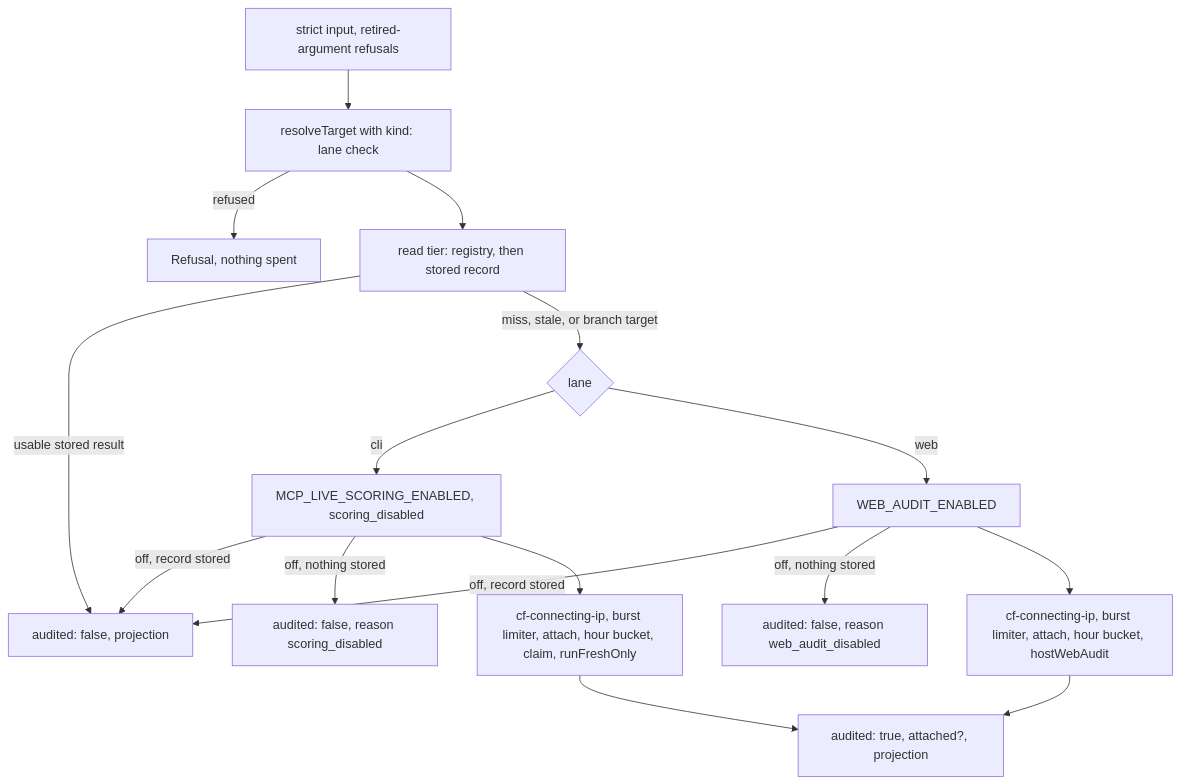
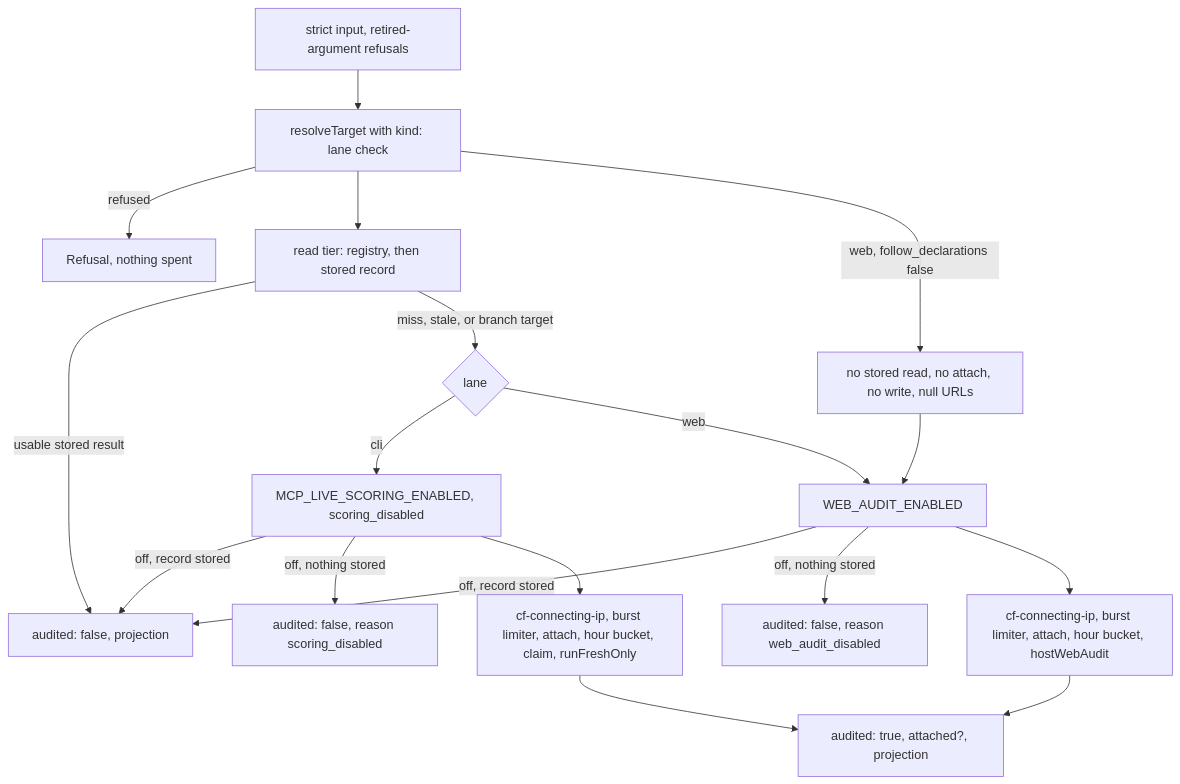
The second of 3 diagrams in docs/plans/2026-11-12-2154-feat-mcp-operation-layer-plan.md (brettdavies/agentnative-site), drawn with Mermaid before and after one commit. The commit also changed other lines of this file, not shown here.

````diff
--- a/docs/plans/2026-11-12-2154-feat-mcp-operation-layer-plan.md
+++ b/docs/plans/2026-11-12-2154-feat-mcp-operation-layer-plan.md
@@ -289,18 +304,20 @@
 ```mermaid
 flowchart TB
   A[strict input, retired-argument refusals] --> B[resolveTarget with kind: lane check]
   B -->|refused| R1[Refusal, nothing spent]
   B --> C[read tier: registry, then stored record]
+  B -->|web, follow_declarations false| O[no stored read, no attach, no write, null URLs]
+  O --> F
   C -->|usable stored result| H[audited: false, projection]
   C -->|miss, stale, or branch target| D{lane}
   D -->|cli| E[MCP_LIVE_SCORING_ENABLED, scoring_disabled]
   D -->|web| F[WEB_AUDIT_ENABLED]
   E -->|off, record stored| H
   F -->|off, record stored| H
   E -->|off, nothing stored| X[audited: false, reason scoring_disabled]
   F -->|off, nothing stored| Y[audited: false, reason web_audit_disabled]
   E --> G[cf-connecting-ip, burst limiter, attach, hour bucket, claim, runFreshOnly]
   F --> I[cf-connecting-ip, burst limiter, attach, hour bucket, hostWebAudit]
   G --> P[audited: true, attached?, projection]
   I --> P
 ```
````
